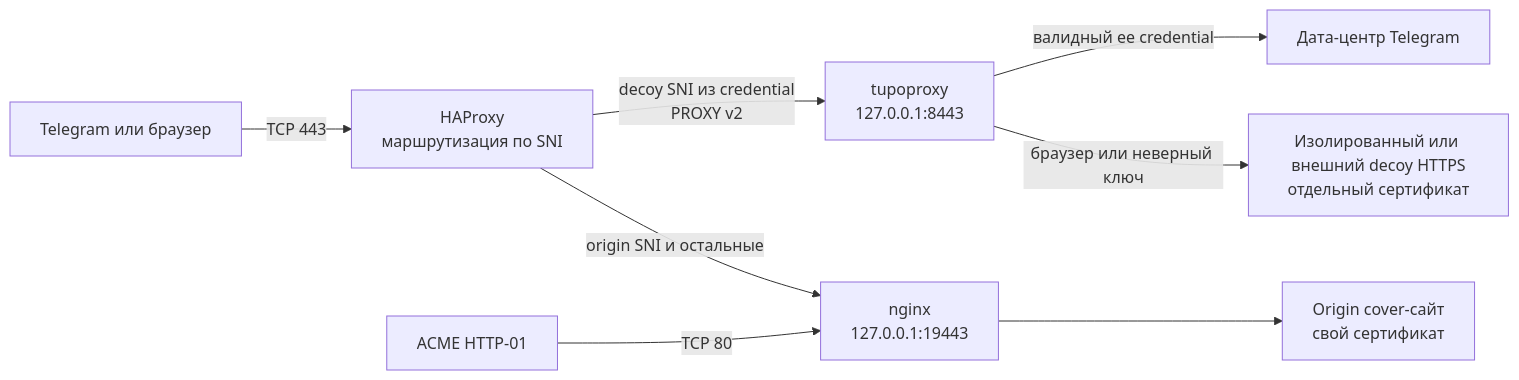
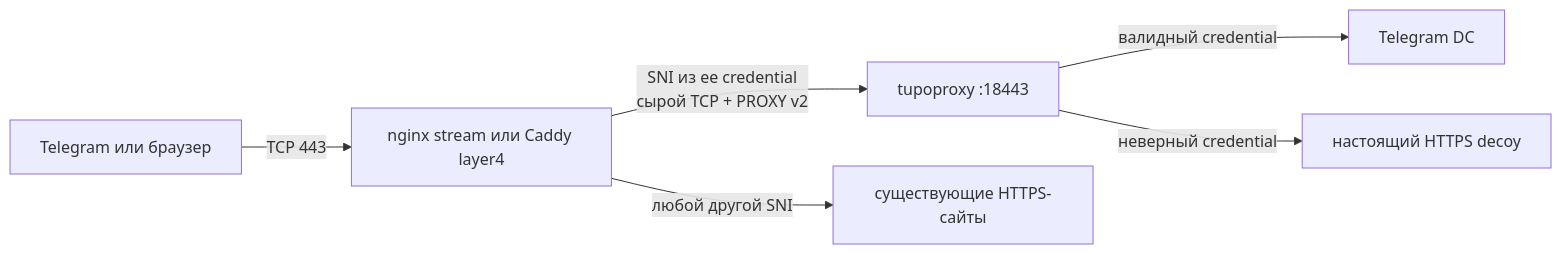
Before and after one commit to wasteprince/tupoproxy: the diagram in README.md, drawn with Mermaid. The commit also changed other lines of this file and 10 other files, not shown here.

````diff
--- a/README.md
+++ b/README.md
@@ -51,10 +48,8 @@
 ```mermaid
 flowchart LR
-    A[Telegram или браузер] -->|TCP 443| H[HAProxy<br>маршрутизация по SNI]
-    H -->|decoy SNI из credential<br>PROXY v2| T[tupoproxy<br>127.0.0.1:8443]
-    H -->|origin SNI и остальные| N[nginx<br>127.0.0.1:19443]
-    T -->|валидный ee credential| G[Дата-центр Telegram]
-    T -->|браузер или неверный ключ| D[Изолированный или внешний decoy HTTPS<br>отдельный сертификат]
-    N --> C[Origin cover-сайт<br>свой сертификат]
-    E[ACME HTTP-01] -->|TCP 80| N
+    C[Telegram или браузер] -->|TCP 443| E[nginx stream или Caddy layer4]
+    E -->|SNI из ee credential<br>сырой TCP + PROXY v2| T[tupoproxy :18443]
+    E -->|любой другой SNI| W[существующие HTTPS-сайты]
+    T -->|валидный credential| G[Telegram DC]
+    T -->|неверный credential| D[настоящий HTTPS decoy]
 ```
````
